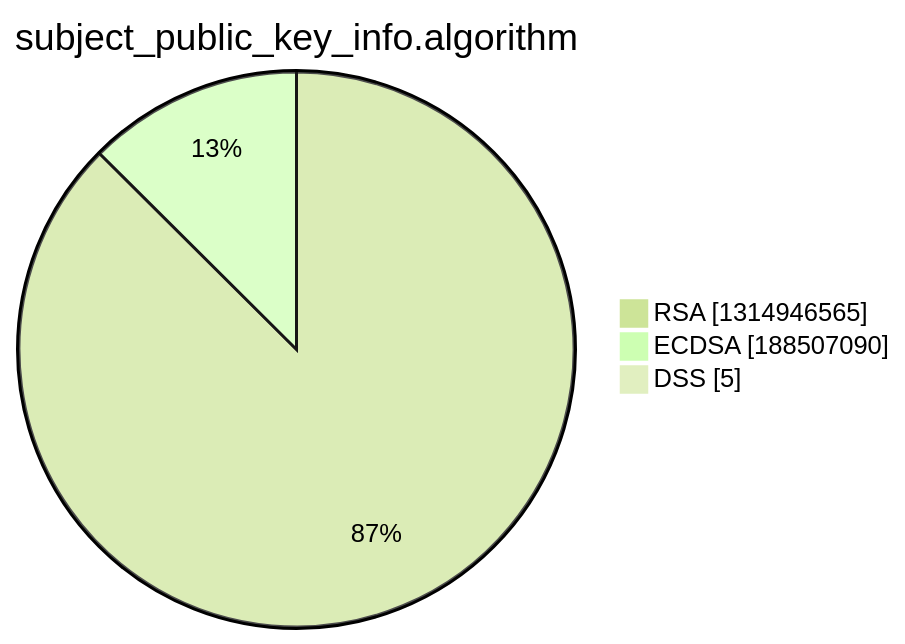
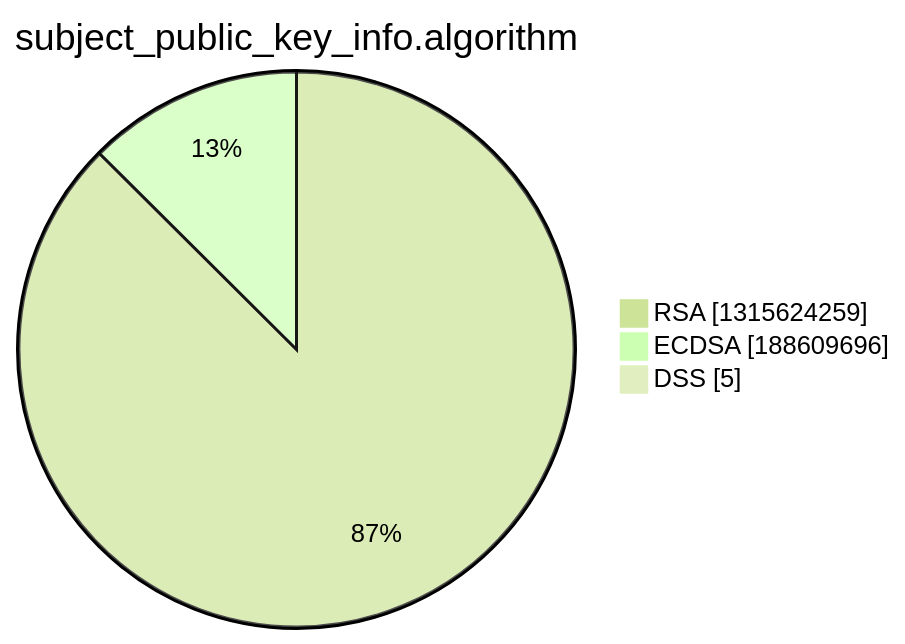
One commit to christiankrug/ctmonitor_visualization changed the third of 15 diagrams in xenon2022/README.md. Above: the diagram before and after it, drawn with Mermaid (forest theme). The commit also changed other lines of this file, not shown here.

````diff
--- a/xenon2022/README.md
+++ b/xenon2022/README.md
@@ -14,7 +14,7 @@
 ```mermaid
 pie showData
 title subject_public_key_info.algorithm
-"RSA" :1314946565
-"ECDSA" :188507090
+"RSA" :1315624259
+"ECDSA" :188609696
 "DSS" :5
 ```
````
